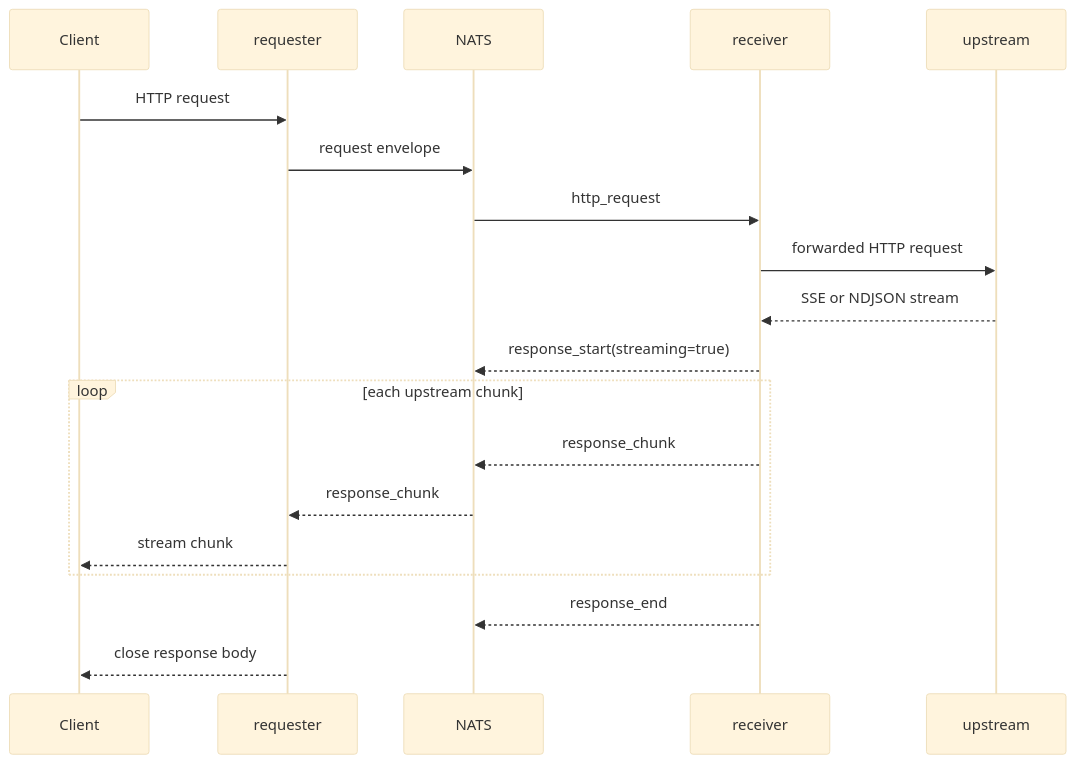
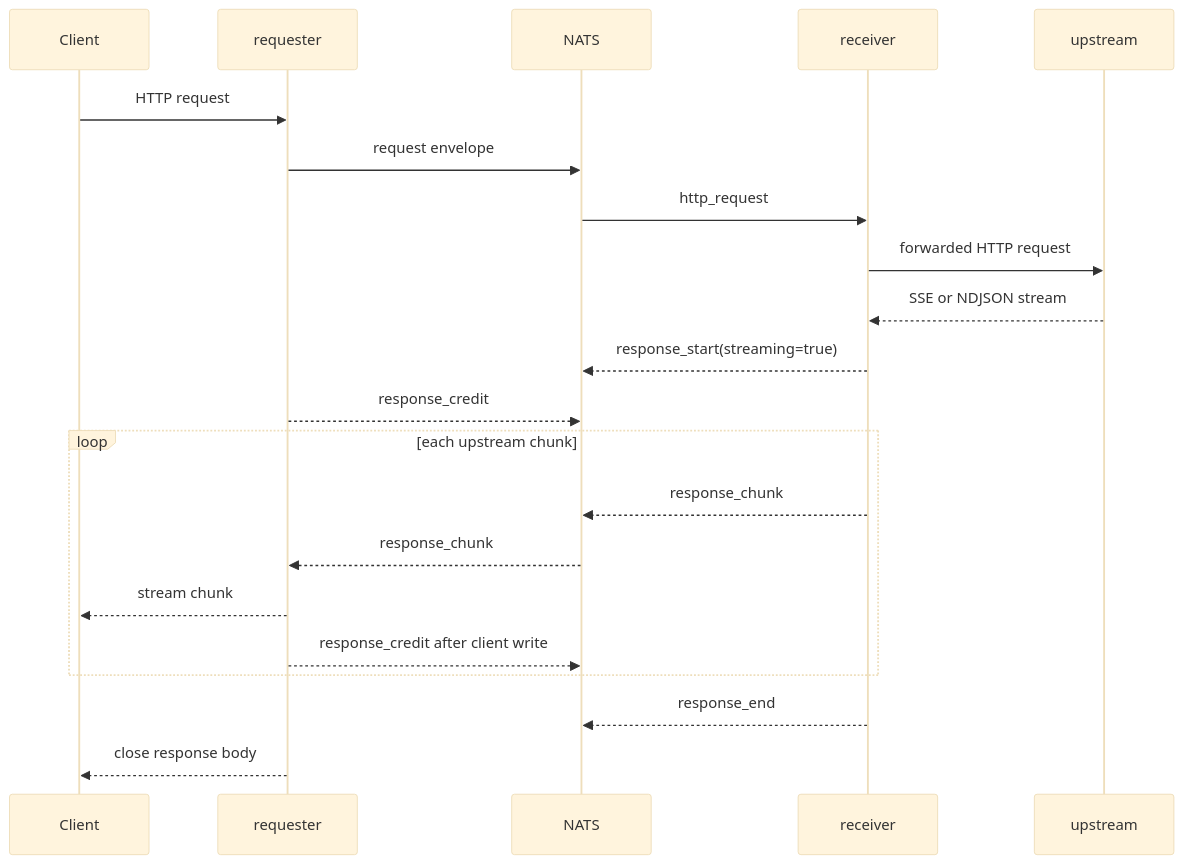
Before and after one commit to artyomb/nats-proxy: the second of 3 diagrams in docs-site/src/content/docs/architecture/bridge-protocol.md, drawn with Mermaid (base theme). The commit also changed other lines of this file and 9 other files, not shown here.

First line of the commit message:
docs: document flow control in nats-proxy docs

````diff
--- a/docs-site/src/content/docs/architecture/bridge-protocol.md
+++ b/docs-site/src/content/docs/architecture/bridge-protocol.md
@@ -100,22 +100,24 @@
 ```mermaid
 sequenceDiagram
   participant Client
   participant Req as requester
   participant NATS
   participant Rec as receiver
   participant Up as upstream
 
   Client->>Req: HTTP request
   Req->>NATS: request envelope
   NATS->>Rec: http_request
   Rec->>Up: forwarded HTTP request
   Up-->>Rec: SSE or NDJSON stream
   Rec-->>NATS: response_start(streaming=true)
+  Req-->>NATS: response_credit
   loop each upstream chunk
     Rec-->>NATS: response_chunk
     NATS-->>Req: response_chunk
     Req-->>Client: stream chunk
+    Req-->>NATS: response_credit after client write
   end
   Rec-->>NATS: response_end
   Req-->>Client: close response body
 ```
````
